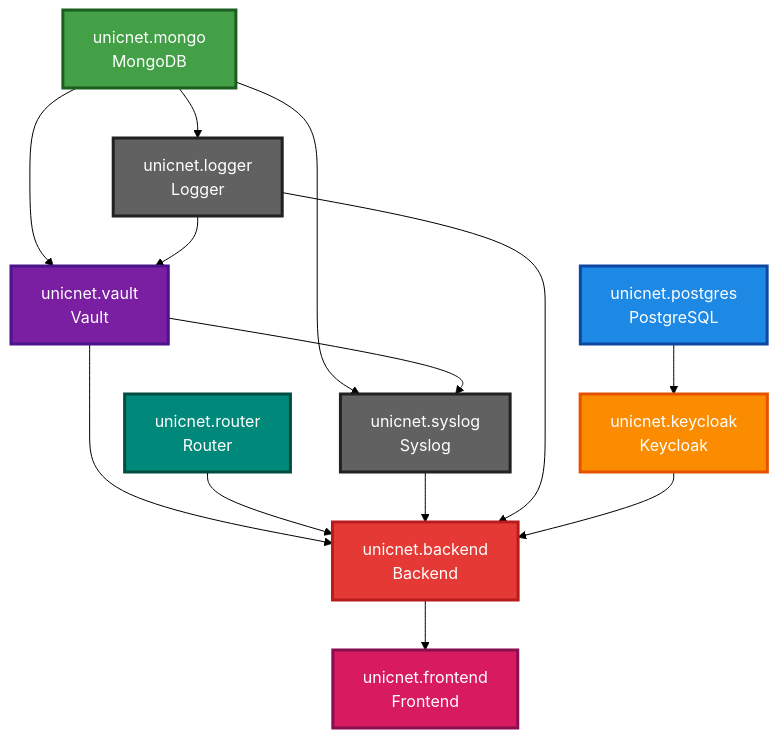
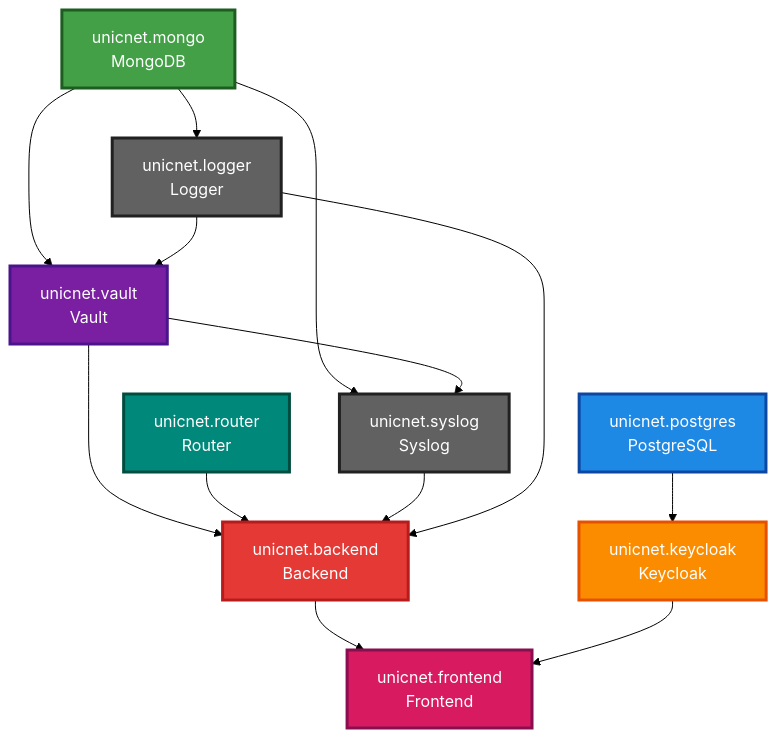
Before and after one commit to rightsoftware-ru/unicnet.enterprise: the diagram in install_all_in_one_instructions.md, drawn with Mermaid (forest theme). The commit also changed other lines of this file and 6 other files, not shown here.

````diff
--- a/install_all_in_one_instructions.md
+++ b/install_all_in_one_instructions.md
@@ -77,38 +77,38 @@
 ```mermaid
 graph TD
     PG[unicnet.postgres<br/>PostgreSQL]
     MG[unicnet.mongo<br/>MongoDB]
     
     KC[unicnet.keycloak<br/>Keycloak]
     LG[unicnet.logger<br/>Logger]
     SL[unicnet.syslog<br/>Syslog]
     
     VT[unicnet.vault<br/>Vault]
     RT[unicnet.router<br/>Router]
     
     BE[unicnet.backend<br/>Backend]
     FE[unicnet.frontend<br/>Frontend]
     
     PG --> KC
     MG --> LG
     MG --> SL
     MG --> VT
     LG --> VT
     VT --> SL
     VT --> BE
     RT --> BE
     SL --> BE
     LG --> BE
-    KC --> BE
     BE --> FE
+    KC --> FE
     
     style PG fill:#1e88e5,stroke:#0d47a1,stroke-width:3px,color:#ffffff
     style MG fill:#43a047,stroke:#1b5e20,stroke-width:3px,color:#ffffff
     style KC fill:#fb8c00,stroke:#e65100,stroke-width:3px,color:#ffffff
     style LG fill:#616161,stroke:#212121,stroke-width:3px,color:#ffffff
     style SL fill:#616161,stroke:#212121,stroke-width:3px,color:#ffffff
     style VT fill:#7b1fa2,stroke:#4a148c,stroke-width:3px,color:#ffffff
     style RT fill:#00897b,stroke:#004d40,stroke-width:3px,color:#ffffff
     style BE fill:#e53935,stroke:#b71c1c,stroke-width:3px,color:#ffffff
     style FE fill:#d81b60,stroke:#880e4f,stroke-width:3px,color:#ffffff
 ```
````
